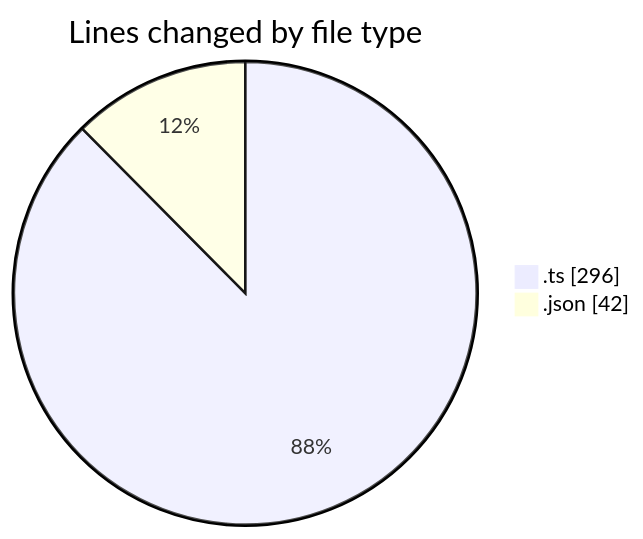
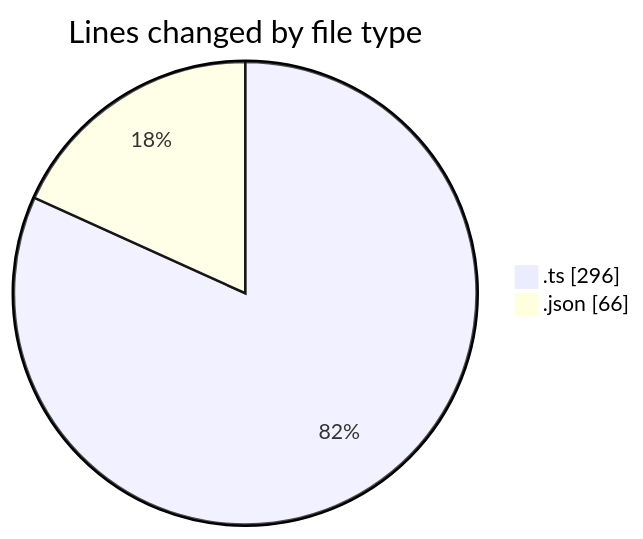
The first of 2 diagrams in 2025-01-14/github-activity-tracker/README.md (momahboobian/code-tracking), drawn with Mermaid before and after one commit. The commit also changed other lines of this file and 1 other file, not shown here.

````diff
--- a/2025-01-14/github-activity-tracker/README.md
+++ b/2025-01-14/github-activity-tracker/README.md
@@ -26,6 +27,6 @@
 ```mermaid
 pie showData
 title Lines changed by file type
 ".ts" : 296
-".json" : 42
+".json" : 66
 ```
````
